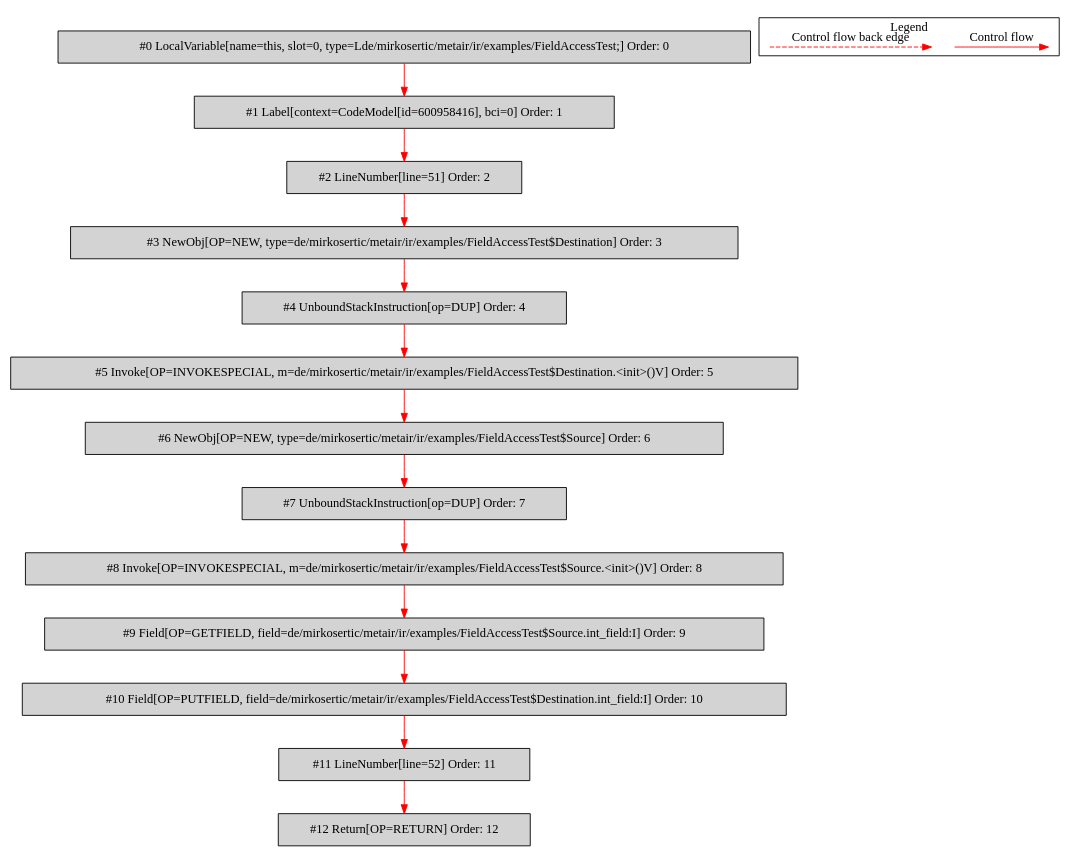
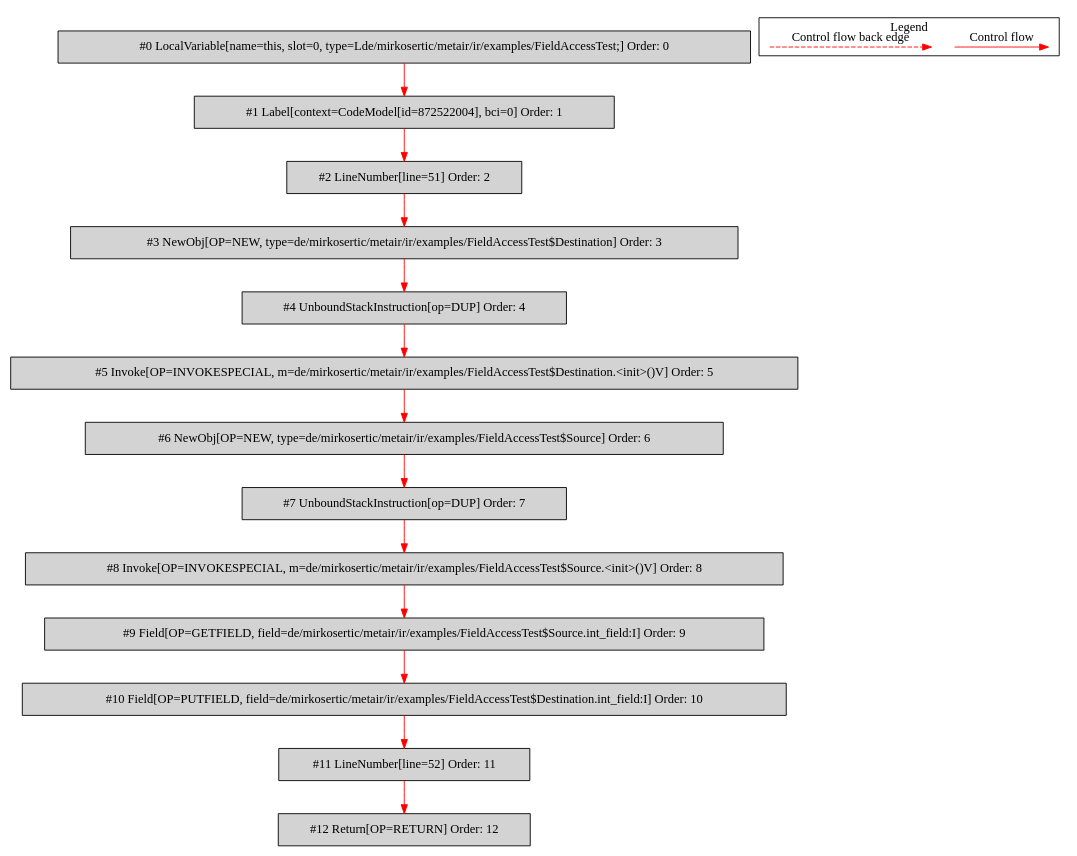
One commit to mirkosertic/MetaIR changed the diagram in de.mirkosertic.metair.ir.examples.FieldAccessTest/copy_int/bytecodecfg.dot. Above: the diagram before and after it, drawn with Graphviz. The commit also changed 77 other files, not shown here.

```diff
--- a/de.mirkosertic.metair.ir.examples.FieldAccessTest/copy_int/bytecodecfg.dot
+++ b/de.mirkosertic.metair.ir.examples.FieldAccessTest/copy_int/bytecodecfg.dot
@@ -1,41 +1,41 @@
 digraph {
  node0[label="#0 LocalVariable[name=this, slot=0, type=Lde/mirkosertic/metair/ir/examples/FieldAccessTest;] Order: 0", shape=box, fillcolor=lightgrey, style=filled];
- node1[label="#1 Label[context=CodeModel[id=600958416], bci=0] Order: 1", shape=box, fillcolor=lightgrey, style=filled];
+ node1[label="#1 Label[context=CodeModel[id=872522004], bci=0] Order: 1", shape=box, fillcolor=lightgrey, style=filled];
  node2[label="#2 LineNumber[line=51] Order: 2", shape=box, fillcolor=lightgrey, style=filled];
  node3[label="#3 NewObj[OP=NEW, type=de/mirkosertic/metair/ir/examples/FieldAccessTest$Destination] Order: 3", shape=box, fillcolor=lightgrey, style=filled];
  node4[label="#4 UnboundStackInstruction[op=DUP] Order: 4", shape=box, fillcolor=lightgrey, style=filled];
  node5[label="#5 Invoke[OP=INVOKESPECIAL, m=de/mirkosertic/metair/ir/examples/FieldAccessTest$Destination.<init>()V] Order: 5", shape=box, fillcolor=lightgrey, style=filled];
  node6[label="#6 NewObj[OP=NEW, type=de/mirkosertic/metair/ir/examples/FieldAccessTest$Source] Order: 6", shape=box, fillcolor=lightgrey, style=filled];
  node7[label="#7 UnboundStackInstruction[op=DUP] Order: 7", shape=box, fillcolor=lightgrey, style=filled];
  node8[label="#8 Invoke[OP=INVOKESPECIAL, m=de/mirkosertic/metair/ir/examples/FieldAccessTest$Source.<init>()V] Order: 8", shape=box, fillcolor=lightgrey, style=filled];
  node9[label="#9 Field[OP=GETFIELD, field=de/mirkosertic/metair/ir/examples/FieldAccessTest$Source.int_field:I] Order: 9", shape=box, fillcolor=lightgrey, style=filled];
  node10[label="#10 Field[OP=PUTFIELD, field=de/mirkosertic/metair/ir/examples/FieldAccessTest$Destination.int_field:I] Order: 10", shape=box, fillcolor=lightgrey, style=filled];
  node11[label="#11 LineNumber[line=52] Order: 11", shape=box, fillcolor=lightgrey, style=filled];
  node12[label="#12 Return[OP=RETURN] Order: 12", shape=box, fillcolor=lightgrey, style=filled];
  node0 -> node1[color=red];
  node1 -> node2[color=red];
  node2 -> node3[color=red];
  node3 -> node4[color=red];
  node4 -> node5[color=red];
  node5 -> node6[color=red];
  node6 -> node7[color=red];
  node7 -> node8[color=red];
  node8 -> node9[color=red];
  node9 -> node10[color=red];
  node10 -> node11[color=red];
  node11 -> node12[color=red];
  subgraph cluster_000 {
   label = "Legend";
   node [shape=point]
   {
    rank=same;
    c0 [style = invis];
    c1 [style = invis];
    c2 [style = invis];
    c3 [style = invis];
   }
   c0 -> c1 [label="Control flow", style=solid, color=red]
   c2 -> c3 [label="Control flow back edge", style=dashed, color=red]
  }
 
 }
```
